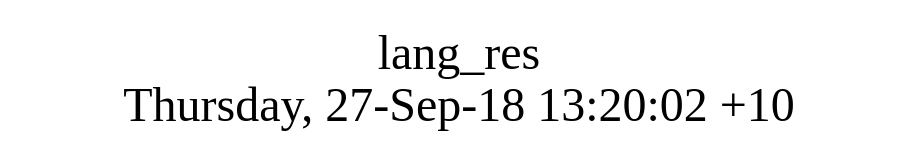
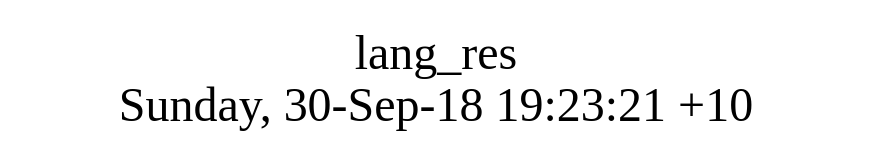
The diagram in src/lang_res/struct.dot (AplaProject/apps), drawn with Graphviz before and after one commit. The commit also changed 580 other files, not shown here.

```diff
--- a/src/lang_res/struct.dot
+++ b/src/lang_res/struct.dot
@@ -1,8 +1,8 @@
 digraph G {
 fontsize="24";
-label="lang_res\nThursday, 27-Sep-18 13:20:02 +10";
+label="lang_res\nSunday, 30-Sep-18 19:23:21 +10";
 nojustify=true;
 ordering=out;
 rankdir=LR;
 size="30";
 }
```
